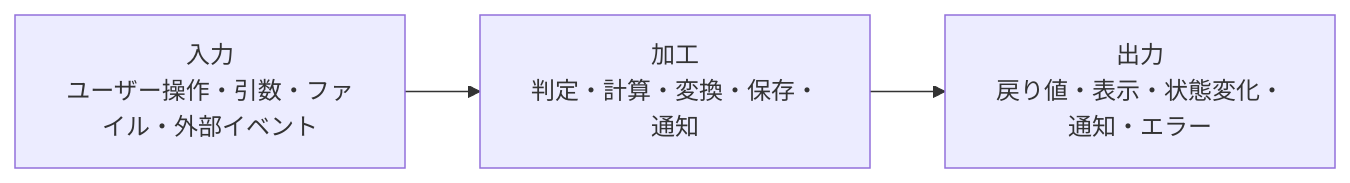
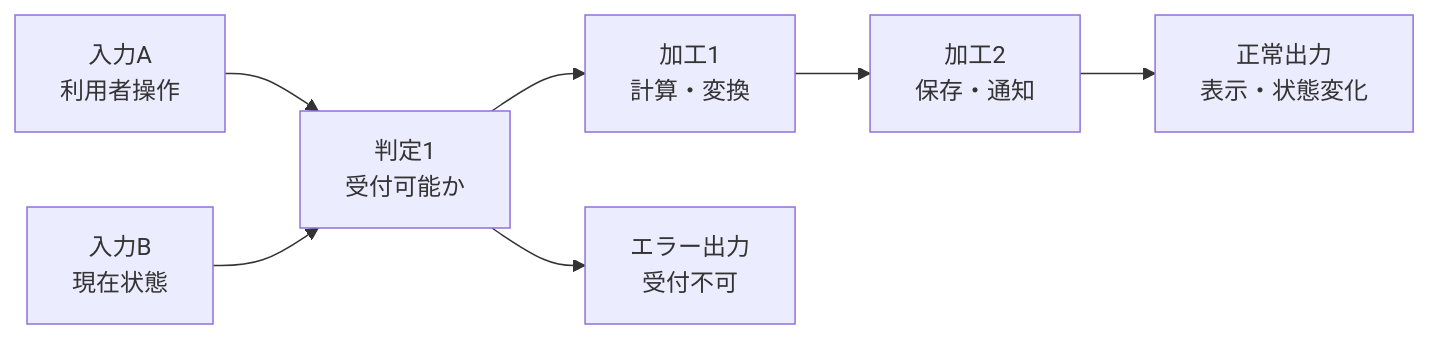
One commit to kumachan1101-pixel/DesignPattern changed the third of 3 diagrams in kindle/design-patterns/output/chapter00_2.md. Above: the diagram before and after it, drawn with Mermaid. The commit also changed other lines of this file and 14 other files, not shown here.

Commit message:
fix: 仕様フロー図を細分化

````diff
--- a/kindle/design-patterns/output/chapter00_2.md
+++ b/kindle/design-patterns/output/chapter00_2.md
@@ -222,7 +222,9 @@
 ```mermaid
 flowchart LR
-    I["入力<br>ユーザー操作・引数・ファイル・外部イベント"]
-    P["加工<br>判定・計算・変換・保存・通知"]
-    O["出力<br>戻り値・表示・状態変化・通知・エラー"]
-    I --> P --> O
+    A["入力A<br>利用者操作"] --> B["判定1<br>受付可能か"]
+    C["入力B<br>現在状態"] --> B
+    B --> D["加工1<br>計算・変換"]
+    D --> E["加工2<br>保存・通知"]
+    E --> F["正常出力<br>表示・状態変化"]
+    B --> G["エラー出力<br>受付不可"]
 ```
````
